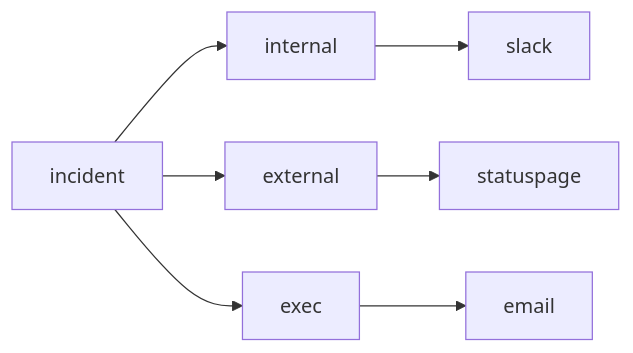
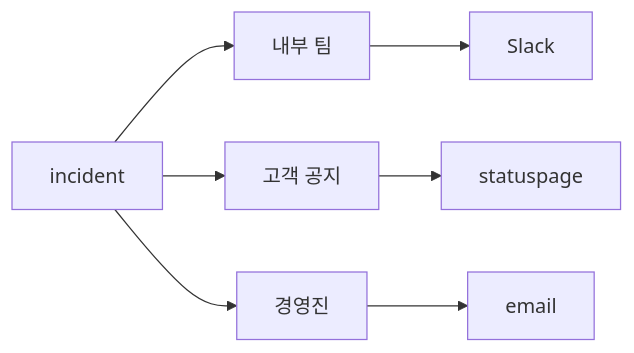
Before and after one commit to yeongseon-books/book-content: the diagram in content/incident-response-101/ko/04-communication.md, drawn with Mermaid. The commit also changed other lines of this file and 5 other files, not shown here.

````diff
--- a/content/incident-response-101/ko/04-communication.md
+++ b/content/incident-response-101/ko/04-communication.md
@@ -33,9 +57,9 @@
 ```mermaid
 flowchart LR
-    Incident["incident"] --> Internal["internal"]
-    Incident --> External["external"]
-    Incident --> Exec["exec"]
-    Internal --> Slack["slack"]
+    Incident["incident"] --> Internal["내부 팀"]
+    Incident --> External["고객 공지"]
+    Incident --> Exec["경영진"]
+    Internal --> Slack["Slack"]
     External --> Status["statuspage"]
     Exec --> Email["email"]
 ```
````
